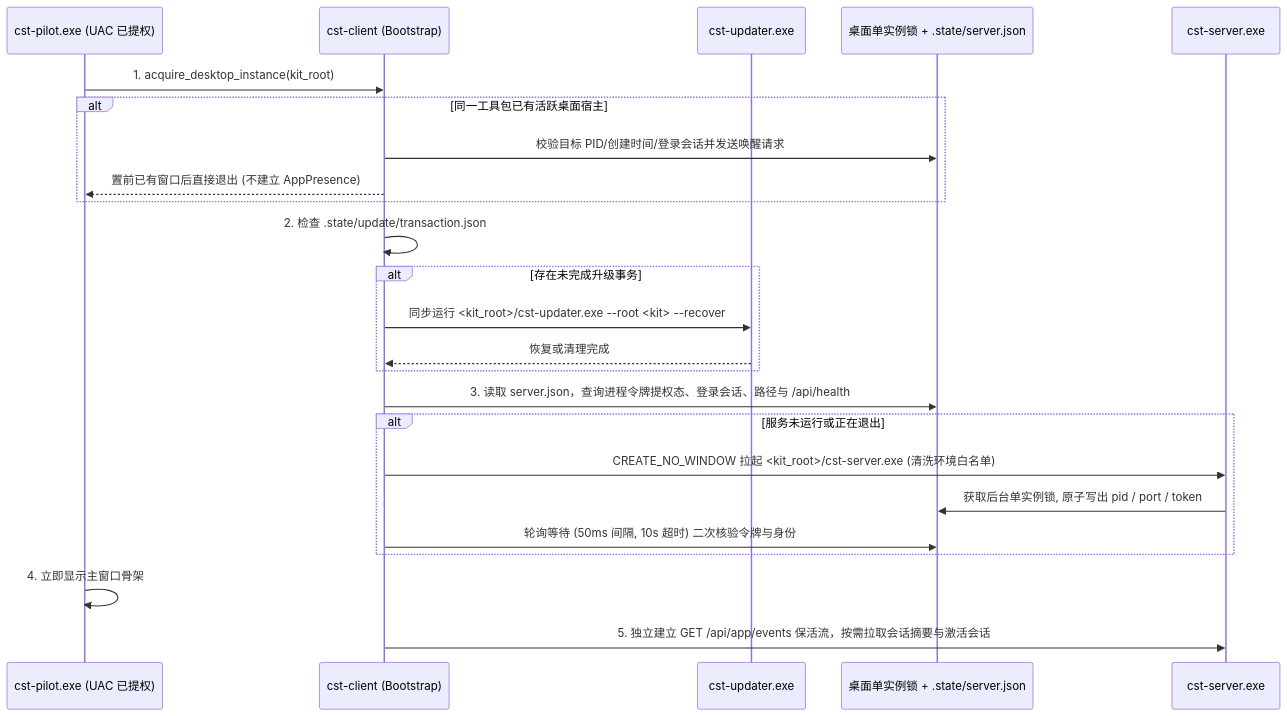
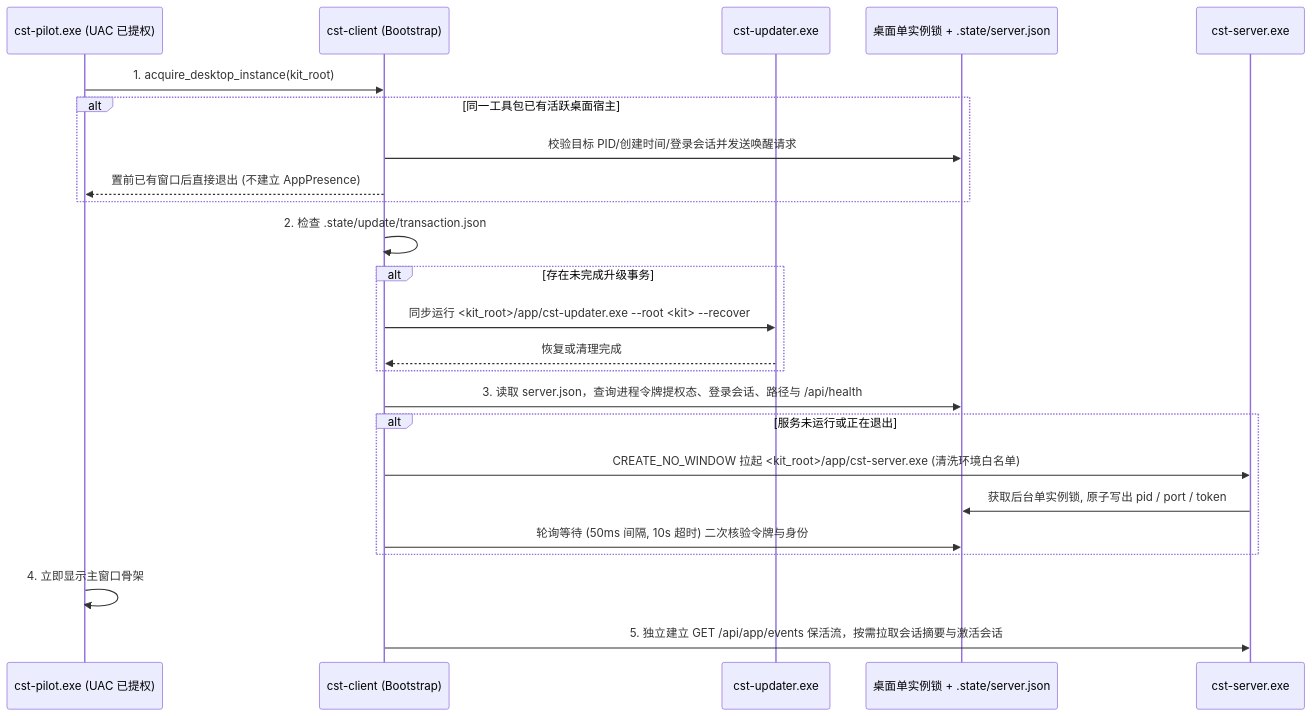
Before and after one commit to SCAU-Computer-Serving-Team/cst-pilot: the second of 2 diagrams in doc/rust/plan/9.desktop.md, drawn with Mermaid. The commit also changed other lines of this file and 10 other files, not shown here.

````diff
--- a/doc/rust/plan/9.desktop.md
+++ b/doc/rust/plan/9.desktop.md
@@ -257,27 +259,27 @@
 ```mermaid
 sequenceDiagram
     participant App as cst-pilot.exe (UAC 已提权)
     participant Boot as cst-client (Bootstrap)
     participant Updater as cst-updater.exe
     participant LockFS as 桌面单实例锁 + .state/server.json
     participant Server as cst-server.exe
 
     App->>Boot: 1. acquire_desktop_instance(kit_root)
     alt 同一工具包已有活跃桌面宿主
         Boot->>LockFS: 校验目标 PID/创建时间/登录会话并发送唤醒请求
         Boot-->>App: 置前已有窗口后直接退出 (不建立 AppPresence)
     end
     Boot->>Boot: 2. 检查 .state/update/transaction.json
     alt 存在未完成升级事务
-        Boot->>Updater: 同步运行 <kit_root>/cst-updater.exe --root <kit> --recover
+        Boot->>Updater: 同步运行 <kit_root>/app/cst-updater.exe --root <kit> --recover
         Updater-->>Boot: 恢复或清理完成
     end
     Boot->>LockFS: 3. 读取 server.json，查询进程令牌提权态、登录会话、路径与 /api/health
     alt 服务未运行或正在退出
-        Boot->>Server: CREATE_NO_WINDOW 拉起 <kit_root>/cst-server.exe (清洗环境白名单)
+        Boot->>Server: CREATE_NO_WINDOW 拉起 <kit_root>/app/cst-server.exe (清洗环境白名单)
         Server->>LockFS: 获取后台单实例锁, 原子写出 pid / port / token
         Boot->>LockFS: 轮询等待 (50ms 间隔, 10s 超时) 二次核验令牌与身份
     end
     App->>App: 4. 立即显示主窗口骨架
     Boot->>Server: 5. 独立建立 GET /api/app/events 保活流，按需拉取会话摘要与激活会话
 ```
````
